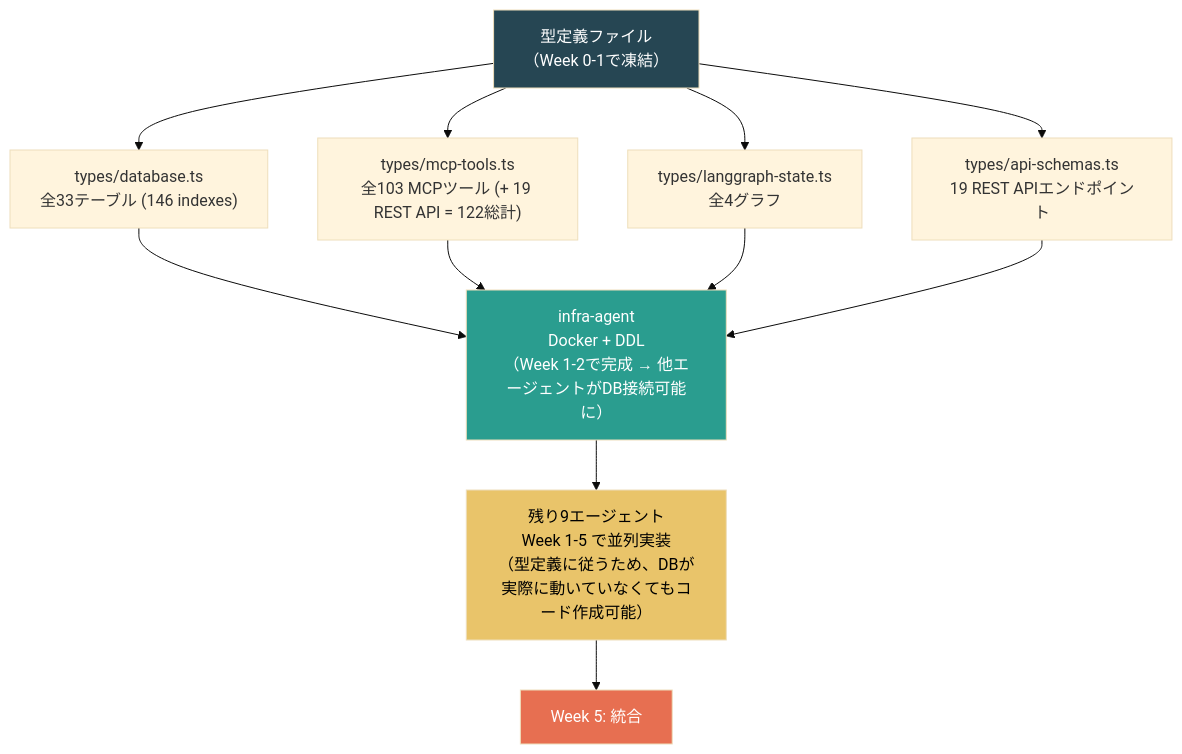
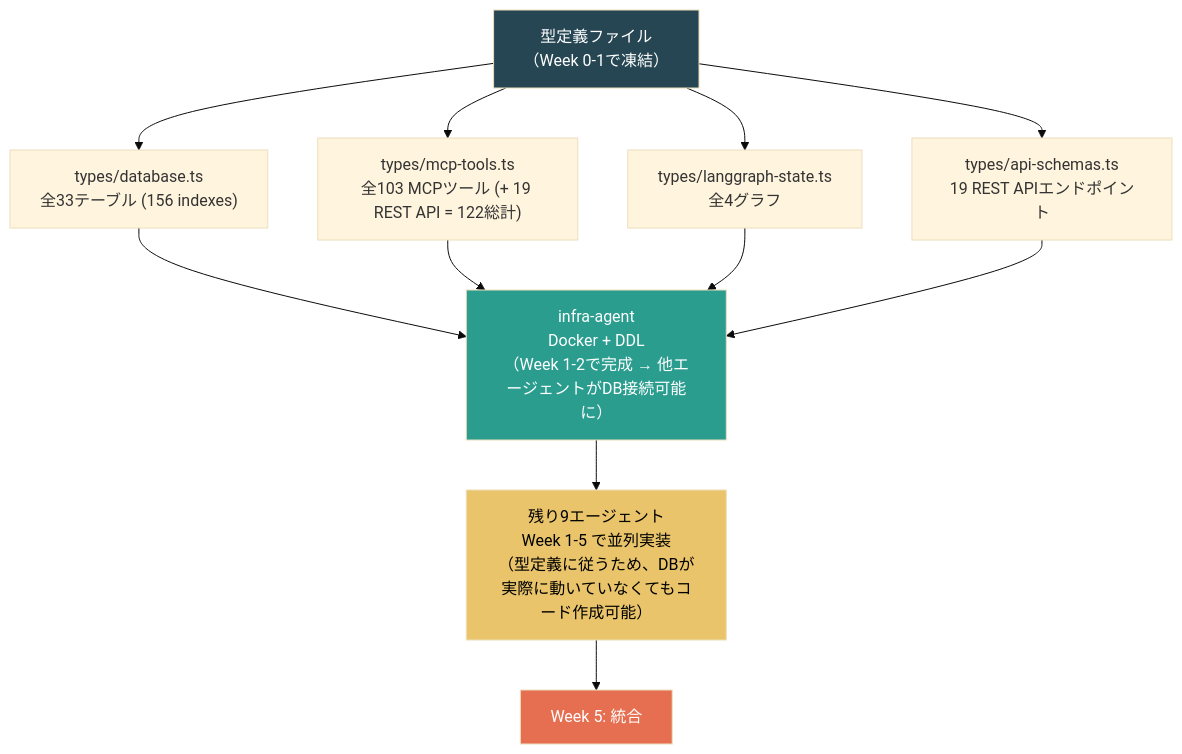
The fourth of 8 diagrams in docs/v5-specification/06-development-roadmap.md (Ceed-dev/ai-influencer), drawn with Mermaid (base theme) before and after one commit. The commit also changed other lines of this file and 10 other files, not shown here.

````diff
--- a/docs/v5-specification/06-development-roadmap.md
+++ b/docs/v5-specification/06-development-roadmap.md
@@ -170,27 +170,27 @@
 ```mermaid
 flowchart TD
     TYPES["型定義ファイル<br/>（Week 0-1で凍結）"]
-    DB_TS["types/database.ts<br/>全33テーブル (146 indexes)"]
+    DB_TS["types/database.ts<br/>全33テーブル (156 indexes)"]
     MCP_TS["types/mcp-tools.ts<br/>全103 MCPツール (+ 19 REST API = 122総計)"]
     LG_TS["types/langgraph-state.ts<br/>全4グラフ"]
     API_TS["types/api-schemas.ts<br/>19 REST APIエンドポイント"]
     INFRA["infra-agent<br/>Docker + DDL<br/>（Week 1-2で完成 → 他エージェントがDB接続可能に）"]
     AGENTS["残り9エージェント<br/>Week 1-5 で並列実装<br/>（型定義に従うため、DBが実際に動いていなくてもコード作成可能）"]
     INTEGRATE["Week 5: 統合"]
 
     TYPES --> DB_TS
     TYPES --> MCP_TS
     TYPES --> LG_TS
     TYPES --> API_TS
     DB_TS --> INFRA
     MCP_TS --> INFRA
     LG_TS --> INFRA
     API_TS --> INFRA
     INFRA --> AGENTS
     AGENTS --> INTEGRATE
 
     style TYPES fill:#264653,color:#fff
     style INFRA fill:#2a9d8f,color:#fff
     style AGENTS fill:#e9c46a,color:#000
     style INTEGRATE fill:#e76f51,color:#fff
 ```
````
